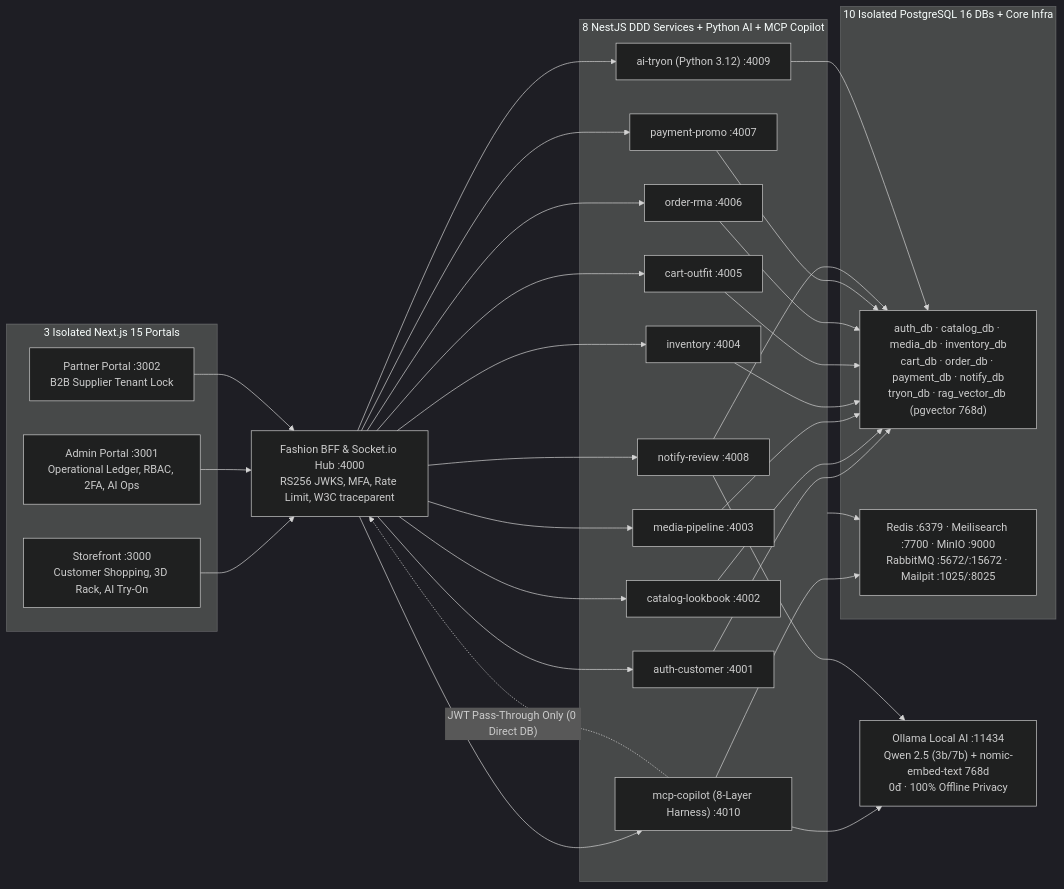
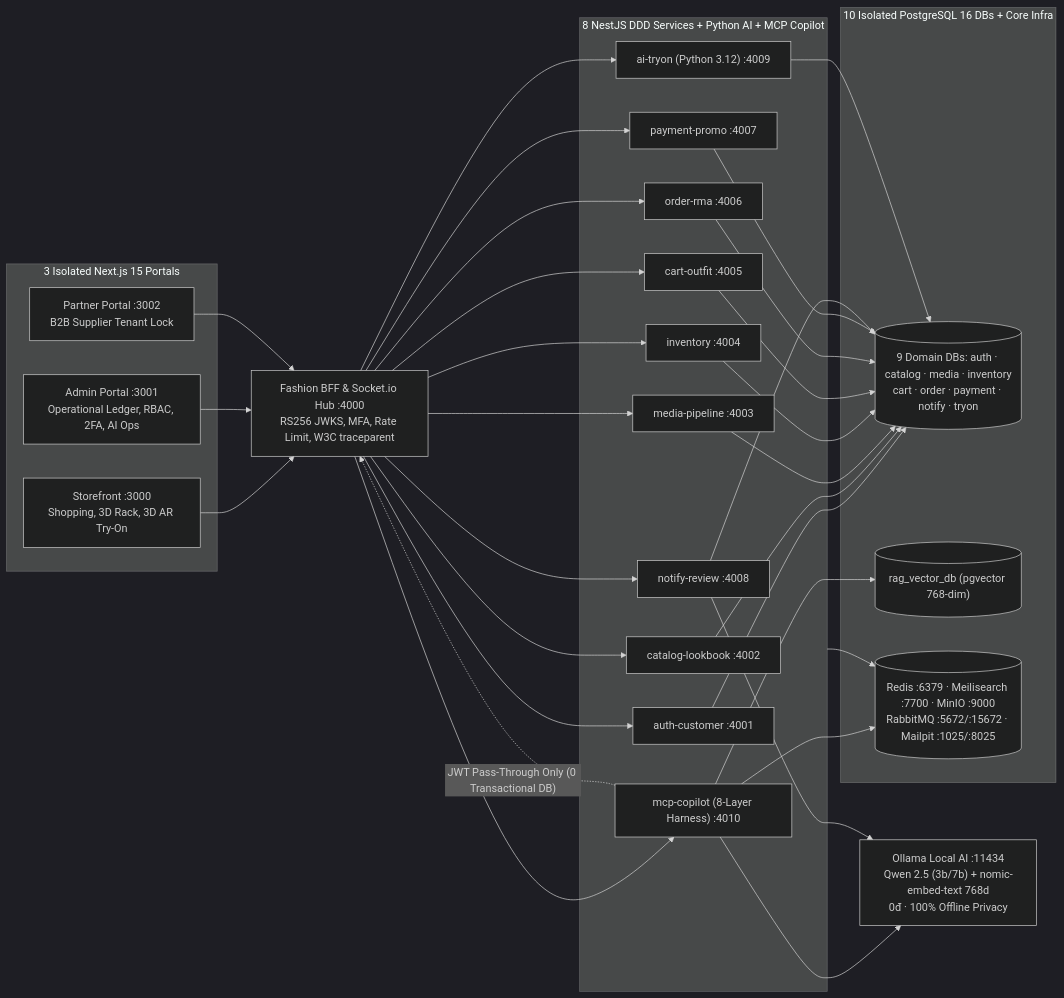
Before and after one commit to lebao01121-lang/TryVibe: the first of 31 diagrams in README.md, drawn with Mermaid (dark theme). The commit also changed other lines of this file and 147 other files, not shown here.

````diff
--- a/README.md
+++ b/README.md
@@ -42,60 +185,45 @@
 ```mermaid
 flowchart LR
   subgraph Portals["3 Isolated Next.js 15 Portals"]
-    SF["Storefront :3000<br/>Customer Shopping, 3D Rack, AI Try-On"]
+    SF["Storefront :3000<br/>Shopping, 3D Rack, 3D AR Try-On"]
     AP["Admin Portal :3001<br/>Operational Ledger, RBAC, 2FA, AI Ops"]
     PP["Partner Portal :3002<br/>B2B Supplier Tenant Lock"]
   end
 
   BFF["Fashion BFF & Socket.io Hub :4000<br/>RS256 JWKS, MFA, Rate Limit, W3C traceparent"]
 
   SF --> BFF
   AP --> BFF
   PP --> BFF
 
   subgraph Core["8 NestJS DDD Services + Python AI + MCP Copilot"]
     S1["auth-customer :4001"]
     S2["catalog-lookbook :4002"]
     S3["media-pipeline :4003"]
     S4["inventory :4004"]
     S5["cart-outfit :4005"]
     S6["order-rma :4006"]
     S7["payment-promo :4007"]
     S8["notify-review :4008"]
     S9["ai-tryon (Python 3.12) :4009"]
     S10["mcp-copilot (8-Layer Harness) :4010"]
   end
 
   OLLAMA["Ollama Local AI :11434<br/>Qwen 2.5 (3b/7b) + nomic-embed-text 768d<br/>0đ · 100% Offline Privacy"]
 
-  BFF --> S1
-  BFF --> S2
-  BFF --> S3
-  BFF --> S4
-  BFF --> S5
-  BFF --> S6
-  BFF --> S7
-  BFF --> S8
-  BFF --> S9
-  BFF --> S10
-  S10 -. "JWT Pass-Through Only (0 Direct DB)" .-> BFF
+  BFF --> S1 & S2 & S3 & S4 & S5 & S6 & S7 & S8 & S9 & S10
+  S10 -.->|"JWT Pass-Through Only (0 Transactional DB)"| BFF
   S10 --> OLLAMA
   S8 --> OLLAMA
 
   subgraph Data["10 Isolated PostgreSQL 16 DBs + Core Infra"]
-    DB["auth_db · catalog_db · media_db · inventory_db<br/>cart_db · order_db · payment_db · notify_db<br/>tryon_db · rag_vector_db (pgvector 768d)"]
-    INFRA["Redis :6379 · Meilisearch :7700 · MinIO :9000<br/>RabbitMQ :5672/:15672 · Mailpit :1025/:8025"]
+    DB[("9 Domain DBs: auth · catalog · media · inventory<br/>cart · order · payment · notify · tryon")]
+    RAGDB[("rag_vector_db (pgvector 768-dim)")]
+    INFRA[("Redis :6379 · Meilisearch :7700 · MinIO :9000<br/>RabbitMQ :5672/:15672 · Mailpit :1025/:8025")]
   end
 
-  S1 --> DB
-  S2 --> DB
-  S3 --> DB
-  S4 --> DB
-  S5 --> DB
-  S6 --> DB
-  S7 --> DB
-  S8 --> DB
-  S9 --> DB
+  S1 & S2 & S3 & S4 & S5 & S6 & S7 & S8 & S9 --> DB
+  S10 --> RAGDB
   S10 --> INFRA
   Core --> INFRA
 ```
````
